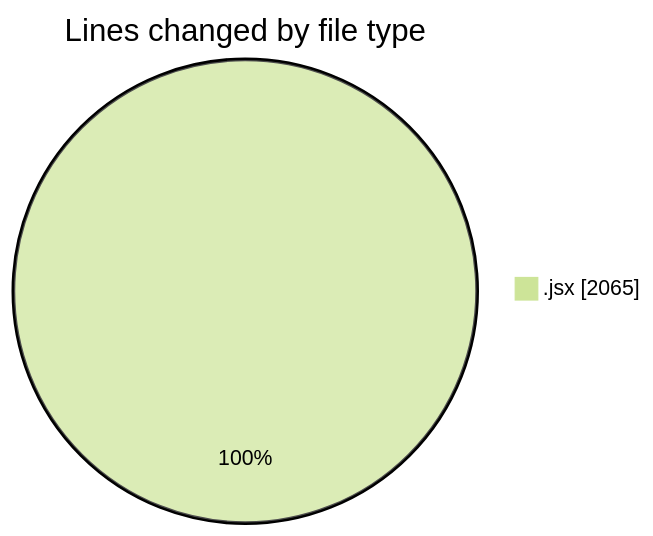
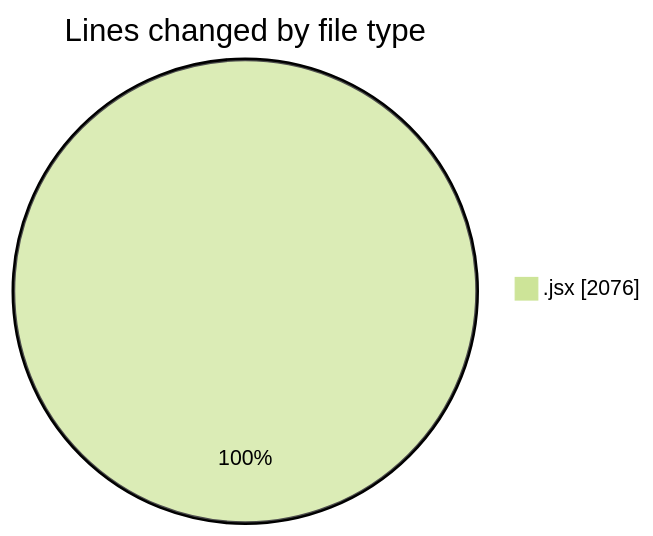
The first of 2 diagrams in 2025-06-21/nxtqube_webapp/README.md (nxtqubesakshisongat/code-tracking), drawn with Mermaid (forest theme) before and after one commit. The commit also changed other lines of this file and 1 other file, not shown here.

````diff
--- a/2025-06-21/nxtqube_webapp/README.md
+++ b/2025-06-21/nxtqube_webapp/README.md
@@ -20,5 +20,5 @@
 ```mermaid
 pie showData
 title Lines changed by file type
-".jsx" : 2065
+".jsx" : 2076
 ```
````
